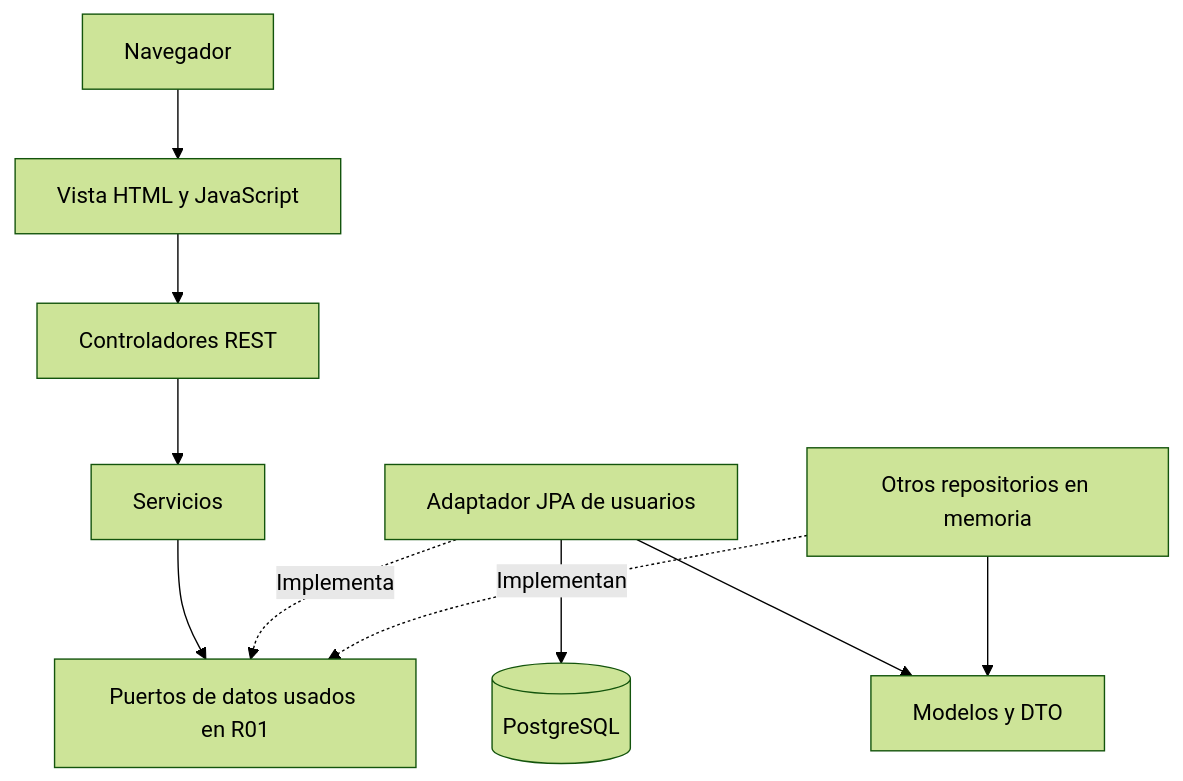
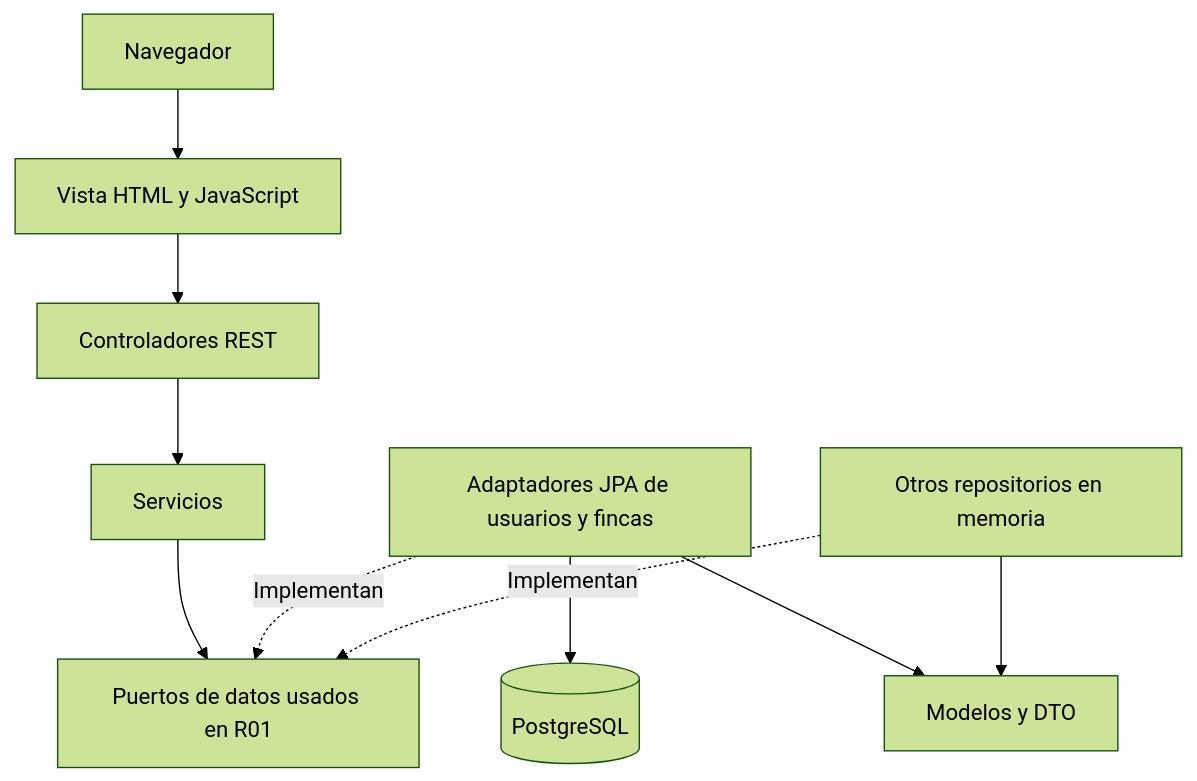
The diagram in docs/arquitectura.md (JuanFiligrana/Agrovalle-Conect), drawn with Mermaid (forest theme) before and after one commit. The commit also changed other lines of this file and 16 other files, not shown here.

````diff
--- a/docs/arquitectura.md
+++ b/docs/arquitectura.md
@@ -11,12 +11,12 @@
 ```mermaid
 flowchart TD
     B["Navegador"] --> V["Vista HTML y JavaScript"]
     V --> C["Controladores REST"]
     C --> S["Servicios"]
     S --> P["Puertos de datos usados en R01"]
-    A["Adaptador JPA de usuarios"] -. "Implementa" .-> P
+    A["Adaptadores JPA de usuarios y fincas"] -. "Implementan" .-> P
     A --> DB[(PostgreSQL)]
     R["Otros repositorios en memoria"] -. "Implementan" .-> P
     A --> D["Modelos y DTO"]
     R --> D
 ```
````
